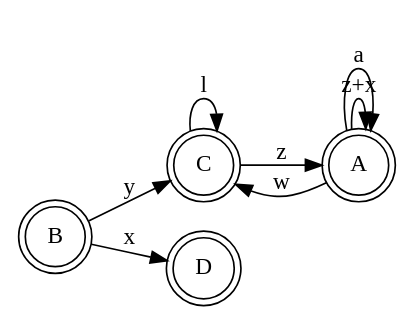
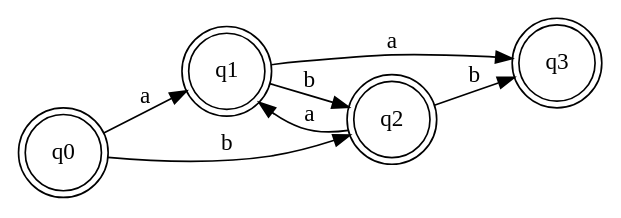
Before and after one commit to andrelago13/COMP: the diagram in examples vis/teste2.dot, drawn with Graphviz. The commit also changed 1 other file, not shown here.

```diff
--- a/examples vis/teste2.dot
+++ b/examples vis/teste2.dot
@@ -1,14 +1,13 @@
 digraph {
   rankdir=LR;
   node [shape = doublecircle,
-  		peripheries = 2]; B C;
+  		peripheries = 2]; q3;
   node [shape = circle];
-  START[label=A];
-  START -> START[label="z+x"];
-  START -> START[label=a];
-  START -> C[label=w];
-  B -> C[label=y];
-  C -> START[label=z];
-  C -> C[label=l];
-  B -> D[label=x];
+  START[label=q0];
+  START -> q1 [label=a];
+  START -> q2 [label=b];
+  q1 -> q2 [label=b];
+  q1 -> q3 [label=a];
+  q2 -> q1 [label=a];
+  q2 -> q3 [label=b];
 }
```
